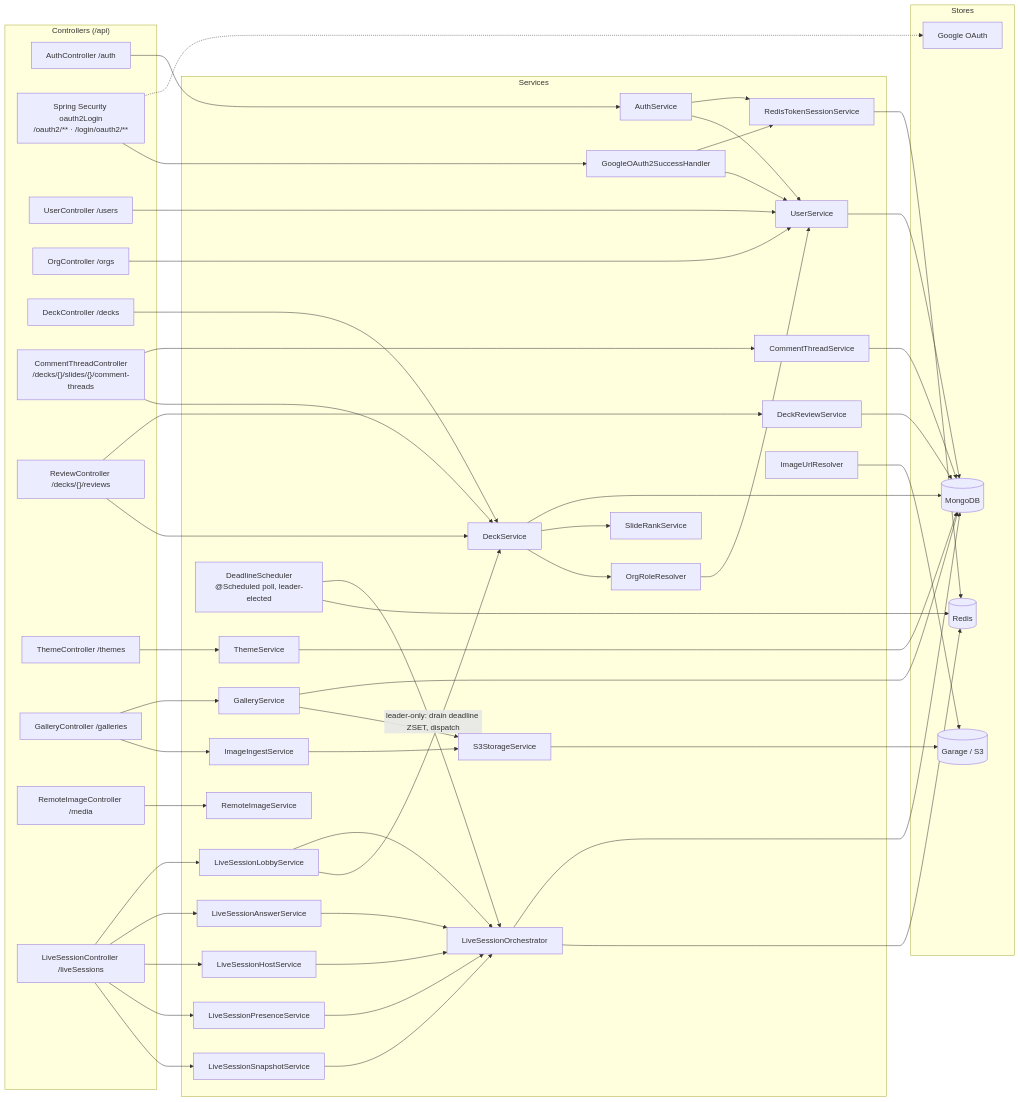
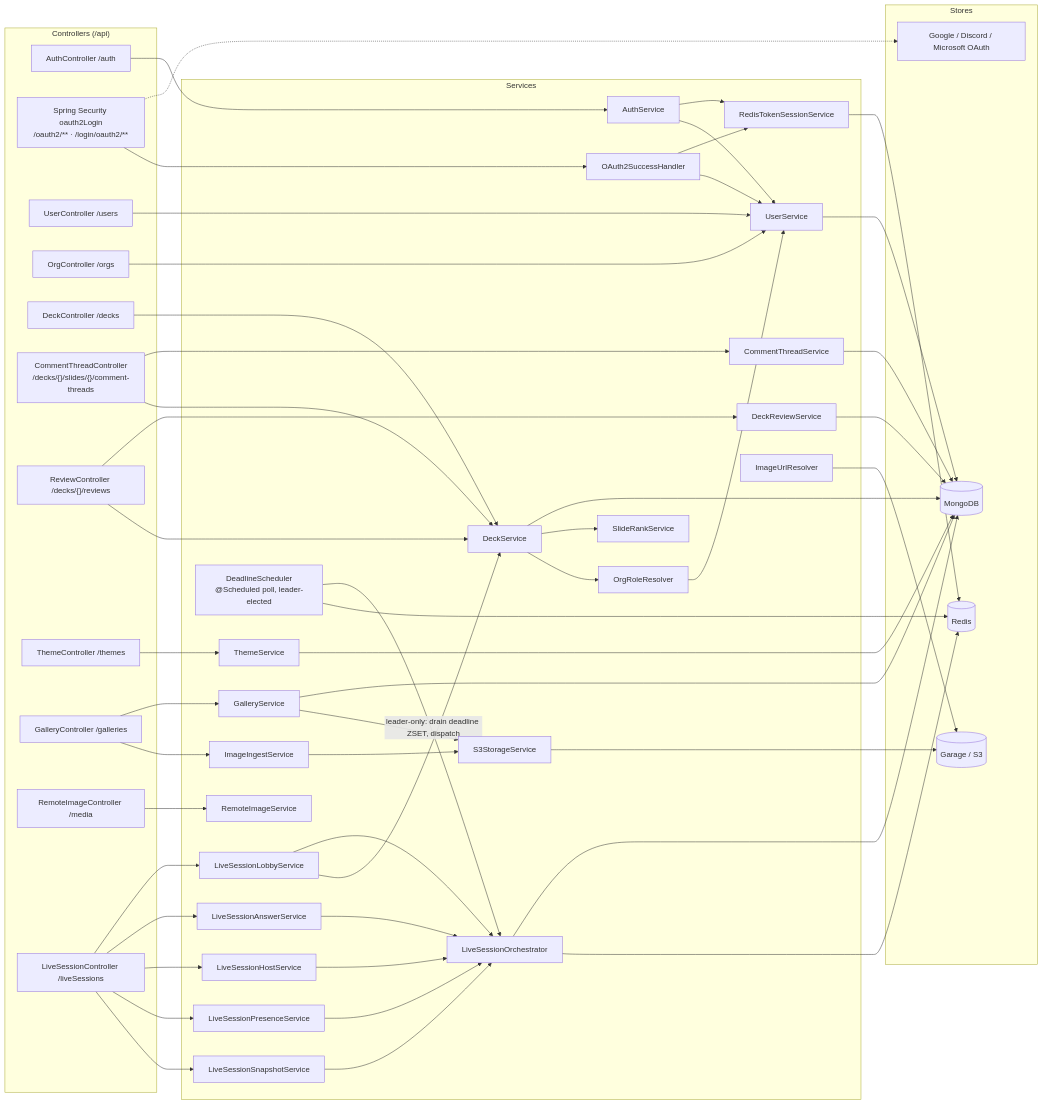
The first of 2 diagrams in z-docs/diagrams/backend-services.md (Saganaut/ambi), drawn with Mermaid before and after one commit. The commit also changed 18 other files, not shown here.

First line of the commit message:
feat(auth): integrate Discord and Microsoft OAuth providers

````diff
--- a/z-docs/diagrams/backend-services.md
+++ b/z-docs/diagrams/backend-services.md
@@ -13,82 +13,82 @@
 ```mermaid
 flowchart LR
     subgraph controllers["Controllers (/api)"]
         AUTH["AuthController /auth"]
         OAUTH2["Spring Security oauth2Login<br/>/oauth2/** · /login/oauth2/**"]
         USER["UserController /users"]
         ORG["OrgController /orgs"]
         DECK["DeckController /decks"]
         COMMENT["CommentThreadController<br/>/decks/{}/slides/{}/comment-threads"]
         REVIEW["ReviewController /decks/{}/reviews"]
         THEME["ThemeController /themes"]
         GAL["GalleryController /galleries"]
         RIMG["RemoteImageController /media"]
         LSC["LiveSessionController /liveSessions"]
     end
 
     subgraph services["Services"]
         AS["AuthService"]
         TS["RedisTokenSessionService"]
-        GOSH["GoogleOAuth2SuccessHandler"]
+        GOSH["OAuth2SuccessHandler"]
         USVC["UserService"]
         ORR["OrgRoleResolver"]
         DS["DeckService"]
         SR["SlideRankService"]
         CS["CommentThreadService"]
         DRS["DeckReviewService"]
         THS["ThemeService"]
         GS["GalleryService"]
         IIS["ImageIngestService"]
         RIS["RemoteImageService"]
         LLS["LiveSessionLobbyService"]
         LAS["LiveSessionAnswerService"]
         LHS["LiveSessionHostService"]
         LPS["LiveSessionPresenceService"]
         LSS["LiveSessionSnapshotService"]
         ORCH["LiveSessionOrchestrator"]
         SCHED["DeadlineScheduler<br/>@Scheduled poll, leader-elected"]
         S3["S3StorageService"]
         IUR["ImageUrlResolver"]
     end
 
     subgraph stores["Stores"]
         MONGO[("MongoDB")]
         REDIS[("Redis")]
         OBJ[("Garage / S3")]
-        GOOG["Google OAuth"]
+        IDP["Google / Discord / Microsoft OAuth"]
     end
 
     AUTH --> AS --> TS --> REDIS
     AS --> USVC
-    OAUTH2 -.-> GOOG
+    OAUTH2 -.-> IDP
     OAUTH2 --> GOSH --> TS
     GOSH --> USVC
     USER --> USVC --> MONGO
     ORG --> USVC
 
     DECK --> DS --> MONGO
     DS --> SR
     DS --> ORR --> USVC
     COMMENT --> CS --> MONGO
     COMMENT --> DS
     REVIEW --> DRS --> MONGO
     REVIEW --> DS
     THEME --> THS --> MONGO
 
     GAL --> GS --> MONGO
     GAL --> IIS --> S3 --> OBJ
     GS --> S3
     IUR --> OBJ
     RIMG --> RIS
 
     LSC --> LLS --> ORCH
     LSC --> LAS --> ORCH
     LSC --> LHS --> ORCH
     LSC --> LPS --> ORCH
     LSC --> LSS --> ORCH
     ORCH --> MONGO
     ORCH --> REDIS
     LLS --> DS
     SCHED -->|leader-only: drain deadline ZSET, dispatch| ORCH
     SCHED --> REDIS
 ```
````
